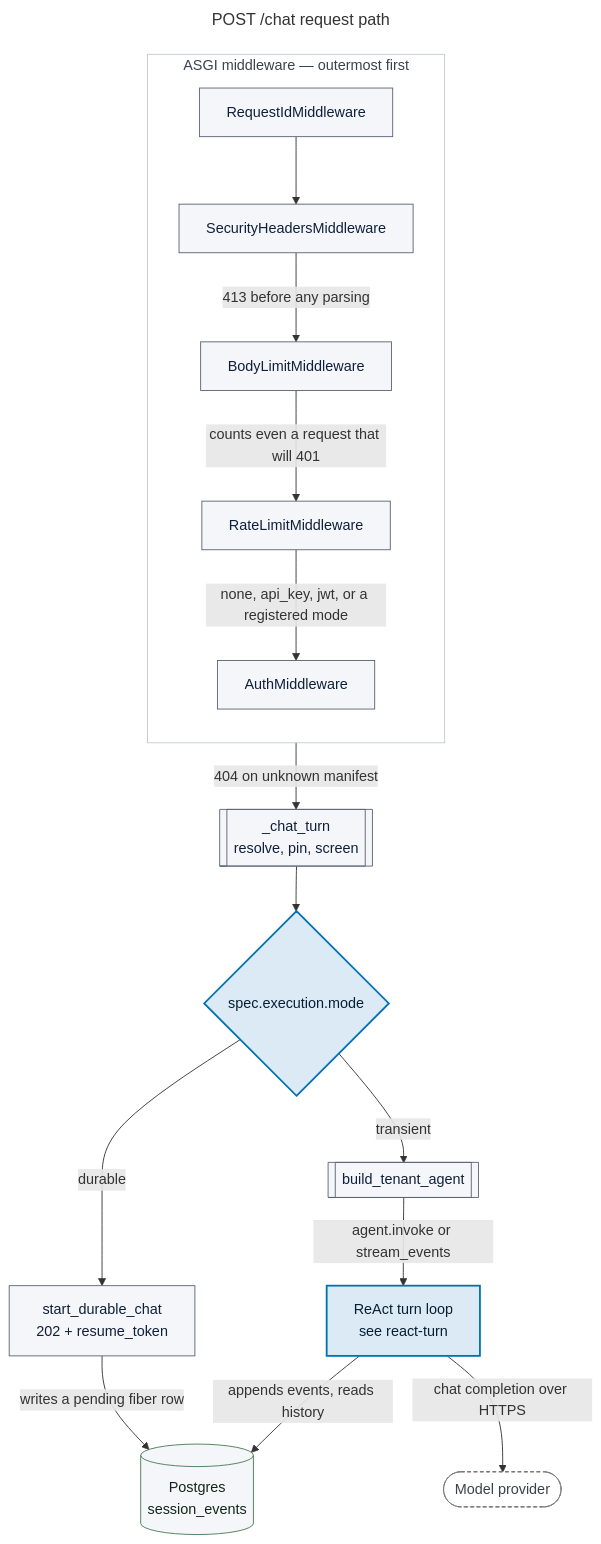
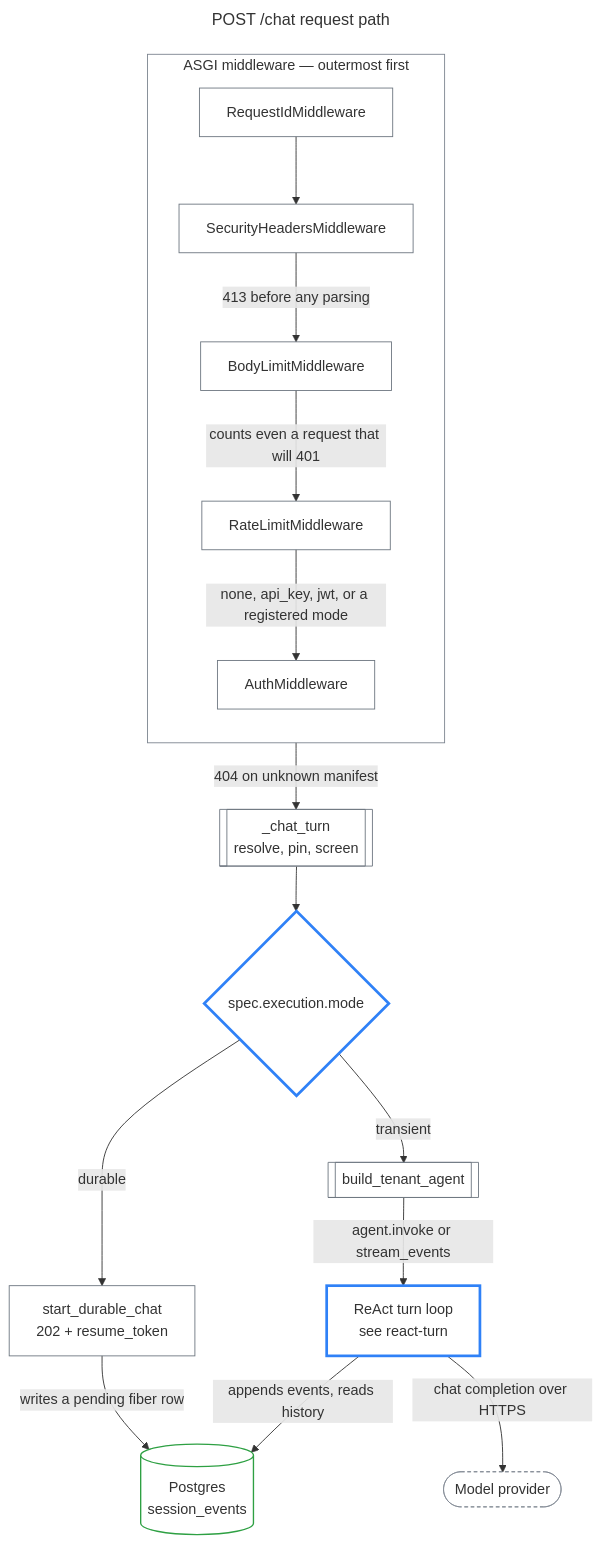
The diagram in docs/diagrams/request-path.mmd (felix-run/felix), drawn with Mermaid before and after one commit. The commit also changed 11 other files, not shown here.

```diff
--- a/docs/diagrams/request-path.mmd
+++ b/docs/diagrams/request-path.mmd
@@ -1,39 +1,39 @@
 ---
 title: POST /chat request path
 ---
 %% Source of truth: apps/api/src/felix_api/app.py:create_app (middleware order)
 %% and apps/api/src/felix_api/routes/chat.py:_chat_turn
 flowchart TB
     accTitle: How a chat request reaches the model and the session log
     accDescr: Four pure-ASGI middlewares run outermost to innermost — request id, security headers, body limit, rate limit, auth — so every response including a 413 or a 401 carries a correlation id, an oversized body is rejected before any other work, and a request that will fail authentication is still counted against the rate limit. The route then resolves the manifest, applies inbound screening to the user's messages, and branches on spec.execution.mode: a durable manifest enqueues a fiber and returns 202 with a resume token, while a transient one compiles the agent and runs the turn inline. Either way the turn appends to the Postgres session event log.
 
     subgraph mw["ASGI middleware — outermost first"]
         direction TB
         rid[RequestIdMiddleware] --> sec[SecurityHeadersMiddleware]
         sec -->|"413 before any parsing"| body[BodyLimitMiddleware]
         body -->|"counts even a request that will 401"| rate[RateLimitMiddleware]
         rate -->|"none, api_key, jwt, or a registered mode"| auth[AuthMiddleware]
     end
 
     auth -->|"404 on unknown manifest"| resolve[["_chat_turn<br/>resolve, pin, screen"]]
     resolve --> mode{"spec.execution.mode"}
 
     mode -->|"durable"| fiber["start_durable_chat<br/>202 + resume_token"]
     mode -->|"transient"| build[[build_tenant_agent]]
     build -->|"agent.invoke or stream_events"| loop["ReAct turn loop<br/>see react-turn"]
 
     loop -->|"appends events, reads history"| pg[("Postgres<br/>session_events")]
     fiber -->|"writes a pending fiber row"| pg
     loop -->|"chat completion over HTTPS"| model([Model provider])
 
     class loop focal
     class mode focal
     class model external
     class pg store
     class rid,sec,body,rate,auth,resolve,fiber,build primary
 
-    classDef focal    fill:#dbeaf5,stroke:#0072B2,stroke-width:2px,color:#062033
-    classDef primary  fill:#f4f6f9,stroke:#5a6272,stroke-width:1px,color:#10203a
-    classDef external fill:#ffffff,stroke:#767676,stroke-width:1px,stroke-dasharray:4 3,color:#3b414d
-    classDef store    fill:#f4f6f9,stroke:#4a7a52,stroke-width:1px,color:#14261a
-    style mw fill:none,stroke:#c3c9d4,stroke-width:1px,color:#3b414d
+    classDef focal    fill:none,stroke:#2F81F7,stroke-width:3px
+    classDef primary  fill:none,stroke:#6e7781,stroke-width:1px
+    classDef external fill:none,stroke:#7d8590,stroke-width:1px,stroke-dasharray:4 3
+    classDef store    fill:none,stroke:#2EA043,stroke-width:1.5px
+    style mw fill:none,stroke:#7d8590,stroke-width:1px
```
